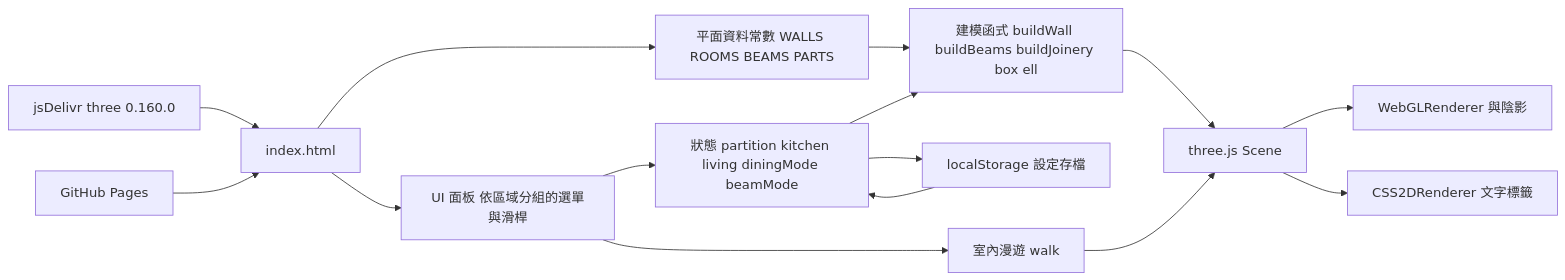
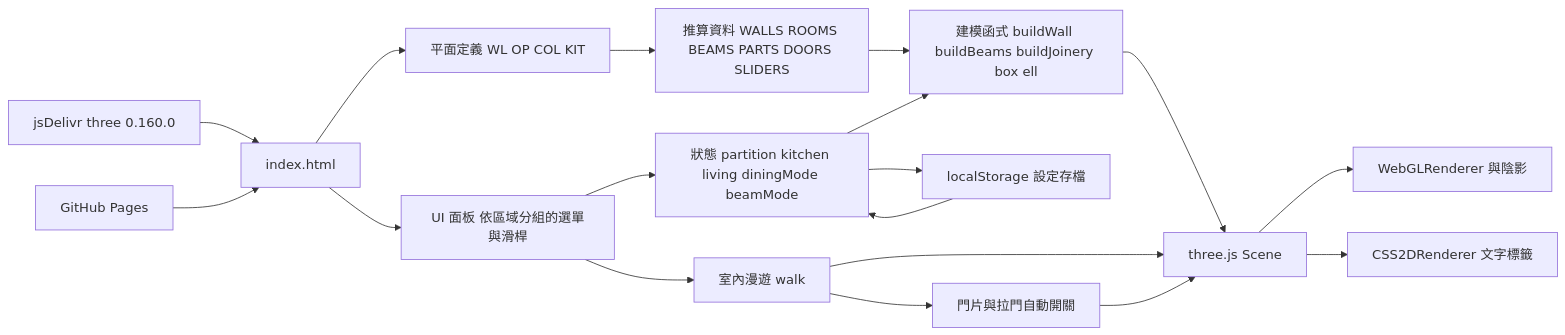
The first of 2 diagrams in docs/architecture.md (oopsdev/a07f02-3d), drawn with Mermaid before and after one commit. The commit also changed other lines of this file and 4 other files, not shown here.

First line of the commit message:
Rebuild walls from the unit plan PDF and add opening doors

````diff
--- a/docs/architecture.md
+++ b/docs/architecture.md
@@ -13,17 +13,20 @@
 ```mermaid
 flowchart LR
-  A[index.html] --> B[平面資料常數 WALLS ROOMS BEAMS PARTS]
+  A[index.html] --> P0[平面定義 WL OP COL KIT]
+  P0 --> B[推算資料 WALLS ROOMS BEAMS PARTS DOORS SLIDERS]
   A --> C[UI 面板 依區域分組的選單與滑桿]
   B --> D[建模函式 buildWall buildBeams buildJoinery box ell]
   C --> E[狀態 partition kitchen living diningMode beamMode]
   E --> D
   E --> K[localStorage 設定存檔]
   K --> E
   D --> F[three.js Scene]
   F --> G[WebGLRenderer 與陰影]
   F --> H[CSS2DRenderer 文字標籤]
   C --> W[室內漫遊 walk]
   W --> F
+  W --> DR[門片與拉門自動開關]
+  DR --> F
   I[jsDelivr three 0.160.0] --> A
   J[GitHub Pages] --> A
 ```
````
